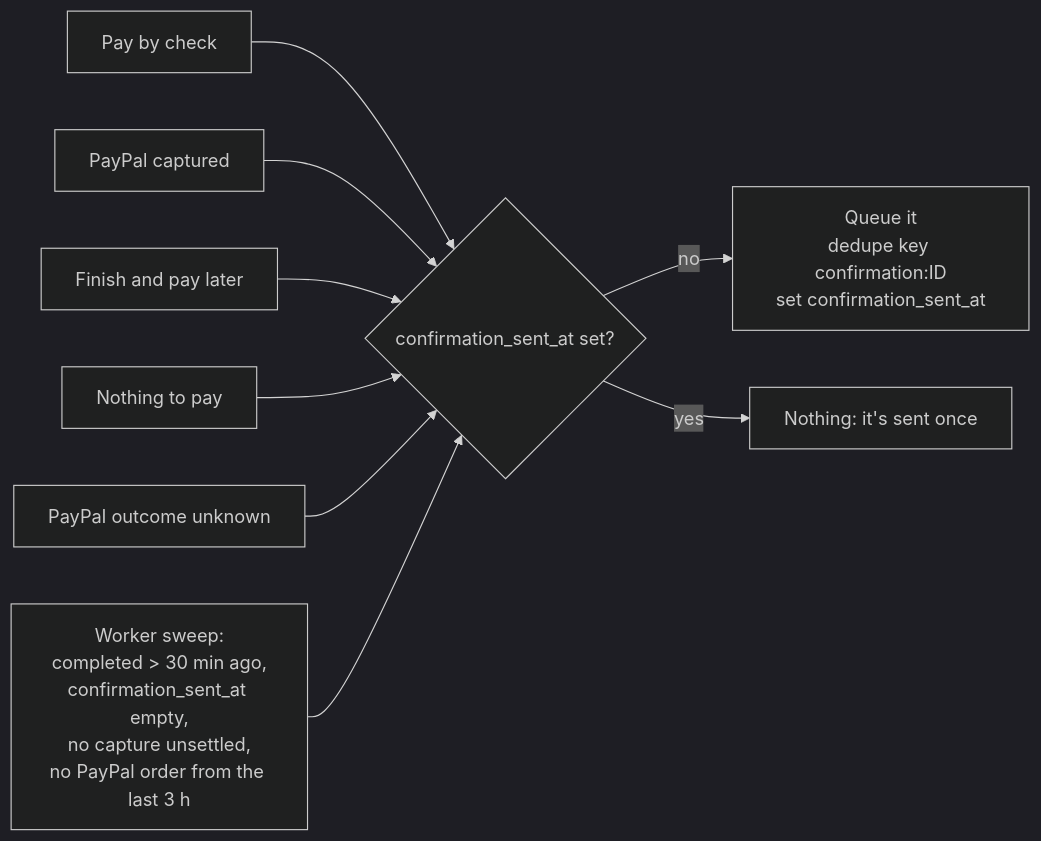
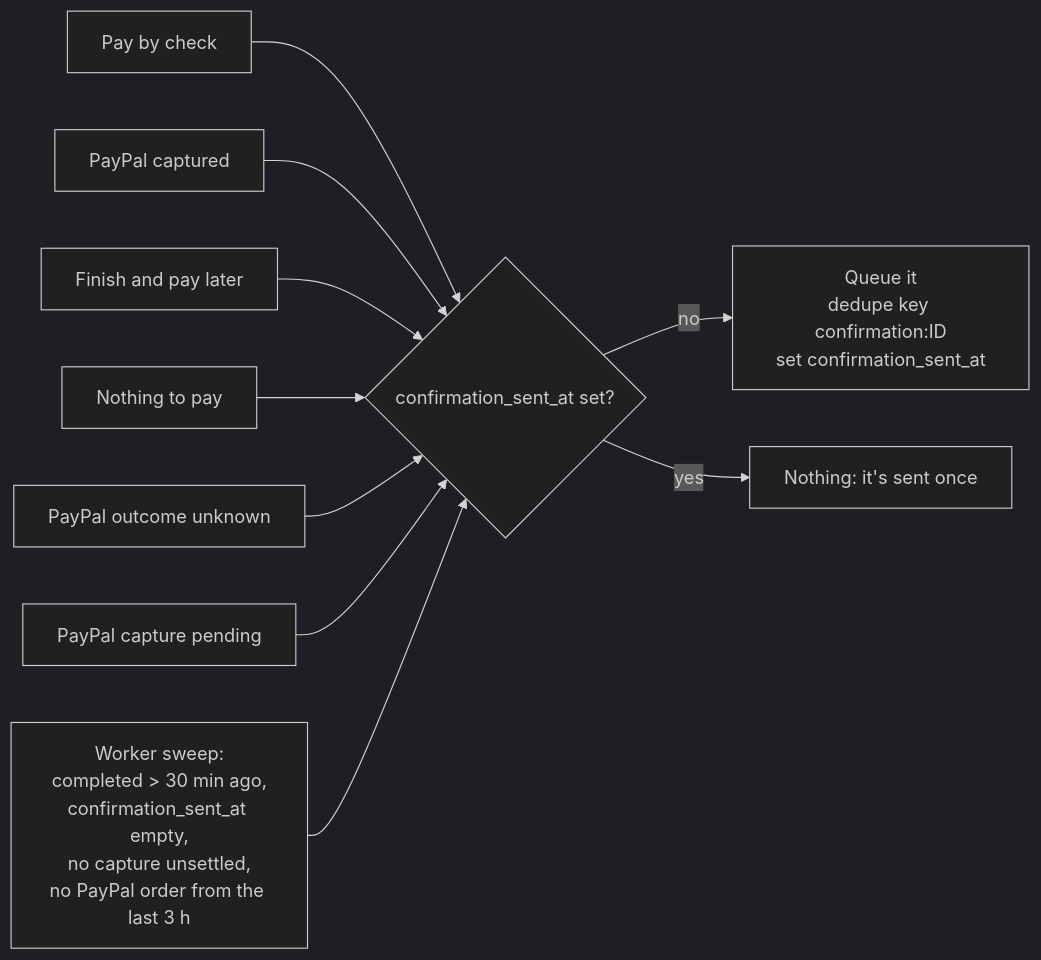
Before and after one commit to camphoric/camphoric: the sixth of 12 diagrams in doc/payments.md, drawn with Mermaid (dark theme). The commit also changed other lines of this file and 29 other files, not shown here.

First line of the commit message:
fix(payments): don't book a pending PayPal capture as a payment

````diff
--- a/doc/payments.md
+++ b/doc/payments.md
@@ -341,11 +392,12 @@
 ```mermaid
 flowchart LR
     A[Pay by check] --> Q
     B[PayPal captured] --> Q
     C[Finish and pay later] --> Q
     D[Nothing to pay] --> Q
     E[PayPal outcome unknown] --> Q
+    PC[PayPal capture pending] --> Q
     W[Worker sweep:<br/>completed &gt; 30 min ago,<br/>confirmation_sent_at empty,<br/>no capture unsettled,<br/>no PayPal order from the last 3 h] --> Q
     Q{confirmation_sent_at set?} -->|no| S[Queue it<br/>dedupe key confirmation:ID<br/>set confirmation_sent_at]
     Q -->|yes| N[Nothing: it's sent once]
 ```
````
